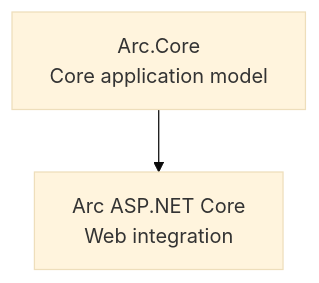
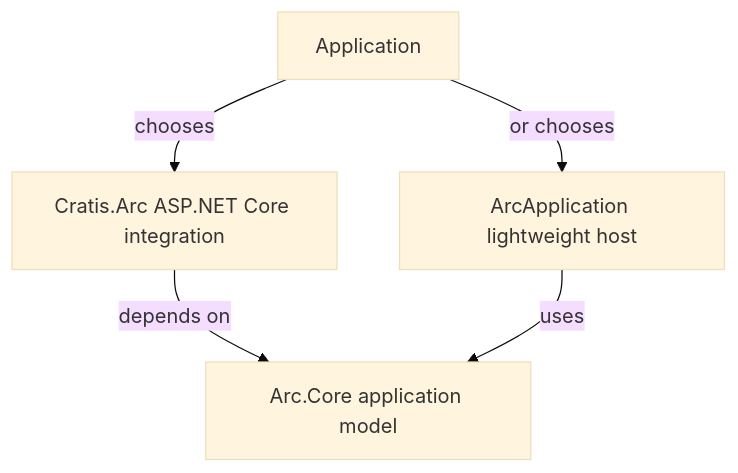
The diagram in Documentation/backend/overview.md (Cratis/Arc), drawn with Mermaid (base theme) before and after one commit. The commit also changed other lines of this file and 272 other files, not shown here.

````diff
--- a/Documentation/backend/overview.md
+++ b/Documentation/backend/overview.md
@@ -26,6 +17,7 @@
 ```mermaid
 flowchart TB
-    A[Arc.Core
-Core application model] --> B[Arc ASP.NET Core
-Web integration]
+    ASP[Cratis.Arc ASP.NET Core integration] -->|depends on| Core[Arc.Core application model]
+    Light[ArcApplication lightweight host] -->|uses| Core
+    App[Application] -->|chooses| ASP
+    App -->|or chooses| Light
 ```
````
